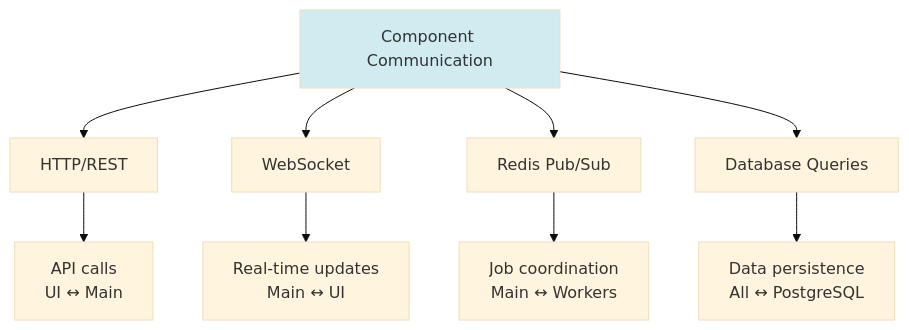
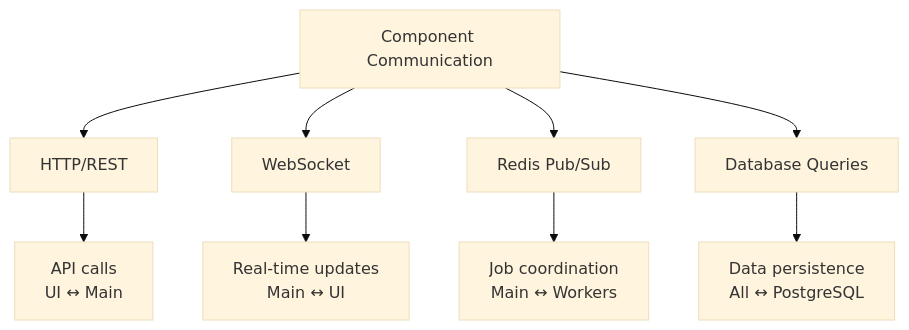
Before and after one commit to wtoloza-dev/ZTH-n8n-Engineer: diagram 11 of 11 in lessons/01-foundations/theory/04-architecture.md, drawn with Mermaid (base theme). The commit also changed other lines of this file and 31 other files, not shown here.

````diff
--- a/lessons/01-foundations/theory/04-architecture.md
+++ b/lessons/01-foundations/theory/04-architecture.md
@@ -314,14 +286,13 @@
 ```mermaid
 graph TD
     A[Component Communication] --> B[HTTP/REST]
     A --> C[WebSocket]
     A --> D[Redis Pub/Sub]
     A --> E[Database Queries]
     
     B --> B1[API calls<br/>UI ↔ Main]
     C --> C1[Real-time updates<br/>Main ↔ UI]
     D --> D1[Job coordination<br/>Main ↔ Workers]
     E --> E1[Data persistence<br/>All ↔ PostgreSQL]
     
-    style A fill:#d1ecf1
 ```
````
